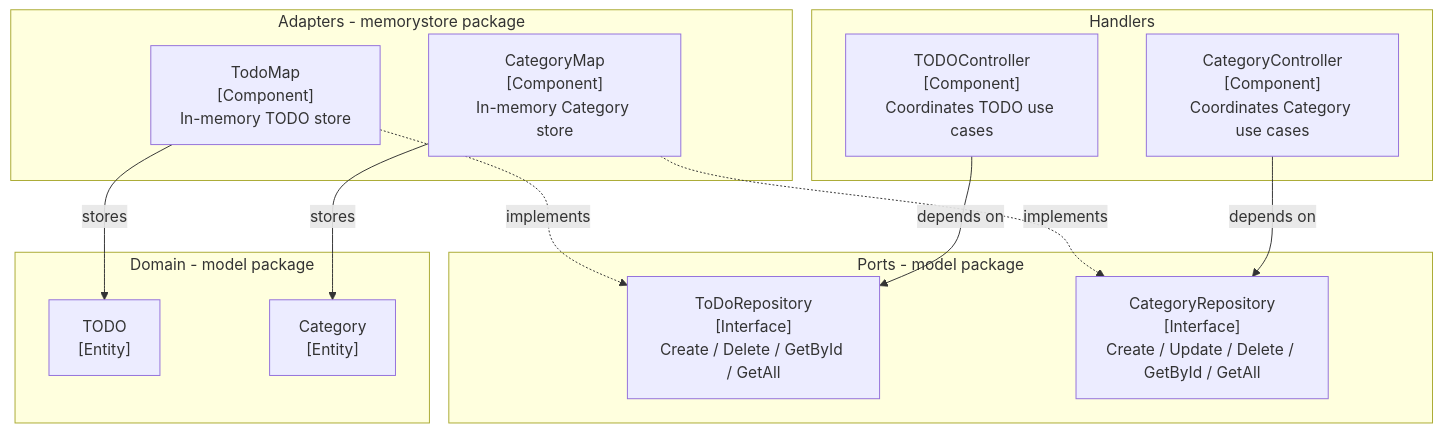
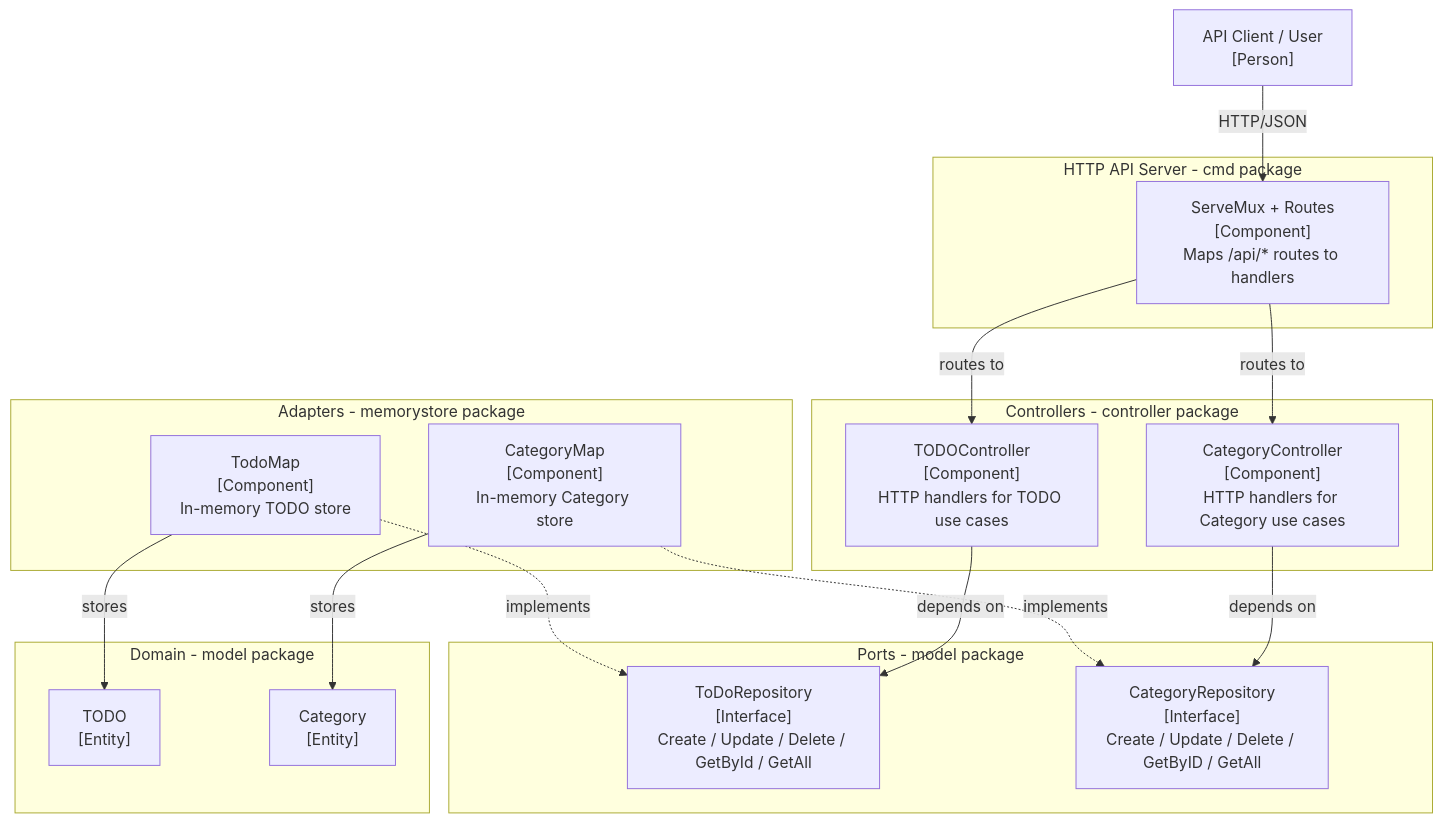
The third of 3 diagrams in README.md (rahulkrishnanfs/todolist), drawn with Mermaid before and after one commit. The commit also changed other lines of this file and 7 other files, not shown here.

Commit message:
#3 Refactored the code by adding routes in seperate package

````diff
--- a/README.md
+++ b/README.md
@@ -96,31 +127,41 @@
 ```mermaid
 flowchart TD
-    subgraph handlers [Handlers]
-        todoCtrl["TODOController<br/>[Component]<br/>Coordinates TODO use cases"]
-        catCtrl["CategoryController<br/>[Component]<br/>Coordinates Category use cases"]
+    user["API Client / User<br/>[Person]"]
+
+    subgraph server [HTTP API Server - cmd package]
+        mux["ServeMux + Routes<br/>[Component]<br/>Maps /api/* routes to handlers"]
+    end
+
+    subgraph handlers [Controllers - controller package]
+        todoCtrl["TODOController<br/>[Component]<br/>HTTP handlers for TODO use cases"]
+        catCtrl["CategoryController<br/>[Component]<br/>HTTP handlers for Category use cases"]
     end
 
     subgraph ports [Ports - model package]
-        todoRepo["ToDoRepository<br/>[Interface]<br/>Create / Delete / GetById / GetAll"]
-        catRepo["CategoryRepository<br/>[Interface]<br/>Create / Update / Delete / GetById / GetAll"]
+        todoRepo["ToDoRepository<br/>[Interface]<br/>Create / Update / Delete / GetById / GetAll"]
+        catRepo["CategoryRepository<br/>[Interface]<br/>Create / Update / Delete / GetByID / GetAll"]
     end
 
     subgraph adapters [Adapters - memorystore package]
         todoMap["TodoMap<br/>[Component]<br/>In-memory TODO store"]
         catMap["CategoryMap<br/>[Component]<br/>In-memory Category store"]
     end
 
     subgraph domain [Domain - model package]
         todoModel["TODO<br/>[Entity]"]
         catModel["Category<br/>[Entity]"]
     end
 
+    user -->|"HTTP/JSON"| mux
+    mux -->|"routes to"| todoCtrl
+    mux -->|"routes to"| catCtrl
+
     todoCtrl -->|"depends on"| todoRepo
     catCtrl -->|"depends on"| catRepo
 
     todoMap -.->|"implements"| todoRepo
     catMap -.->|"implements"| catRepo
 
     todoMap -->|"stores"| todoModel
     catMap -->|"stores"| catModel
 ```
````
